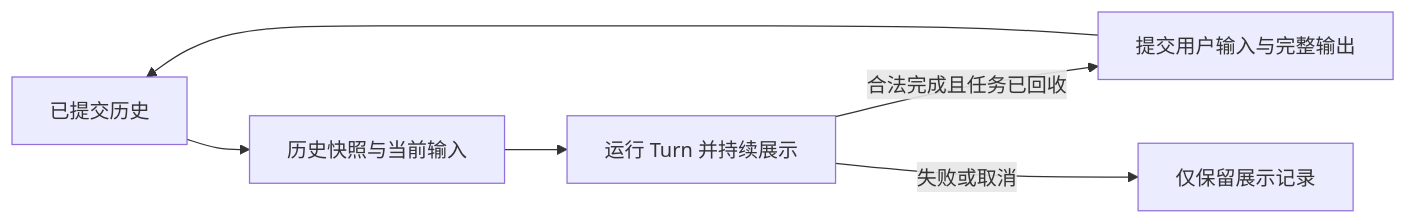
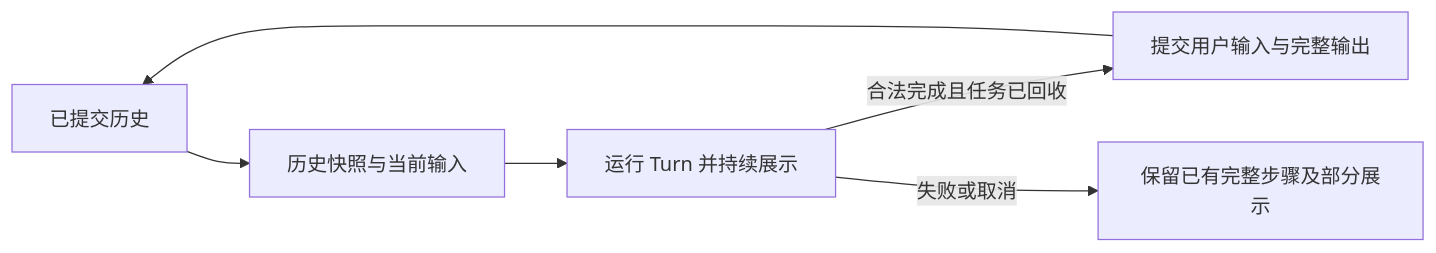
Before and after one commit to slc90/Agentelier: the diagram in docs/design/modules/conversation.md, drawn with Mermaid. The commit also changed other lines of this file and 24 other files, not shown here.

````diff
--- a/docs/design/modules/conversation.md
+++ b/docs/design/modules/conversation.md
@@ -7,8 +7,8 @@
 ```mermaid
 flowchart LR
     H[已提交历史] --> R[历史快照与当前输入]
     R --> T[运行 Turn 并持续展示]
     T -->|合法完成且任务已回收| C[提交用户输入与完整输出]
-    T -->|失败或取消| V[仅保留展示记录]
+    T -->|失败或取消| V[保留已有完整步骤及部分展示]
     C --> H
 ```
````
